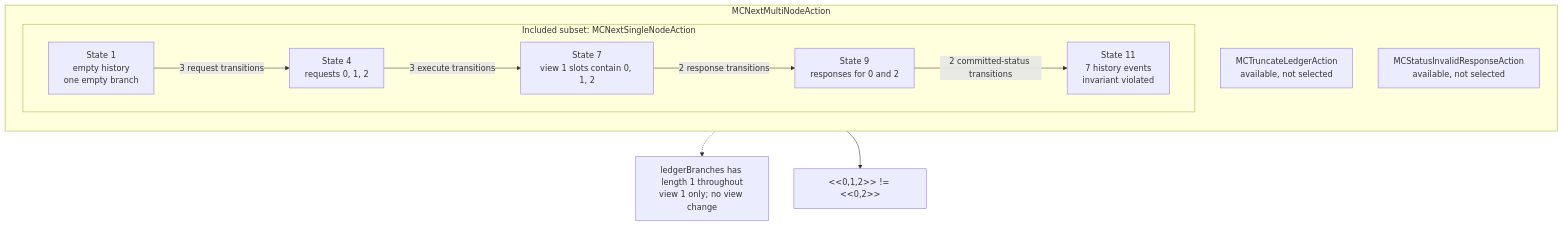
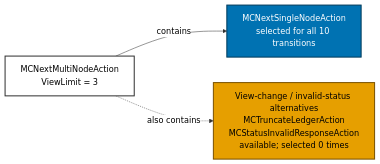
One commit to microsoft/CCF changed the third of 3 diagrams in tla/consistency/CommittedRwOrderedSerializableCounterexample.md. Above: the diagram before and after it, drawn with Mermaid. The commit also changed other lines of this file, not shown here.

Commit message:
Clarify counterexample diagrams

````diff
--- a/tla/consistency/CommittedRwOrderedSerializableCounterexample.md
+++ b/tla/consistency/CommittedRwOrderedSerializableCounterexample.md
@@ -172,24 +169,12 @@
 ```mermaid
-flowchart TB
-  subgraph multi["MCNextMultiNodeAction"]
-    direction TB
-    subgraph single["Included subset: MCNextSingleNodeAction"]
-      direction LR
-      s1["State 1<br/>empty history<br/>one empty branch"]
-      s4["State 4<br/>requests 0, 1, 2"]
-      s7["State 7<br/>view 1 slots contain 0, 1, 2"]
-      s9["State 9<br/>responses for 0 and 2"]
-      s11["State 11<br/>7 history events<br/>invariant violated"]
-      s1 -->|3 request transitions| s4
-      s4 -->|3 execute transitions| s7
-      s7 -->|2 response transitions| s9
-      s9 -->|2 committed-status transitions| s11
-    end
-
-    truncate["MCTruncateLedgerAction<br/>available, not selected"]
-    invalid["MCStatusInvalidResponseAction<br/>available, not selected"]
-  end
-
-  s7 -.-> view["ledgerBranches has length 1 throughout<br/>view 1 only; no view change"]
-  s11 --> result["&lt;&lt;0,1,2&gt;&gt; != &lt;&lt;0,2&gt;&gt;"]
+%%{init: {"theme":"base","themeVariables":{"primaryColor":"#FFFFFF","primaryTextColor":"#000000","primaryBorderColor":"#333333","lineColor":"#333333"}}}%%
+flowchart LR
+  multi["MCNextMultiNodeAction<br/>ViewLimit = 3"] -->|contains| single["MCNextSingleNodeAction<br/>selected for all 10 transitions"]
+  multi -.->|also contains| extra["View-change / invalid-status alternatives<br/>MCTruncateLedgerAction<br/>MCStatusInvalidResponseAction<br/>available; selected 0 times"]
+  classDef root fill:#FFFFFF,stroke:#333333,stroke-width:2px,color:#000000
+  classDef selected fill:#0072B2,stroke:#003B5C,stroke-width:2px,color:#FFFFFF
+  classDef unused fill:#E69F00,stroke:#7A5200,stroke-width:2px,color:#000000
+  class multi root
+  class single selected
+  class extra unused
 ```
````
